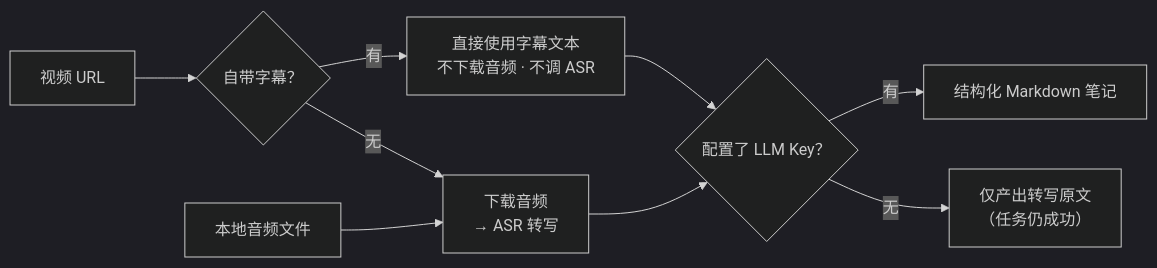
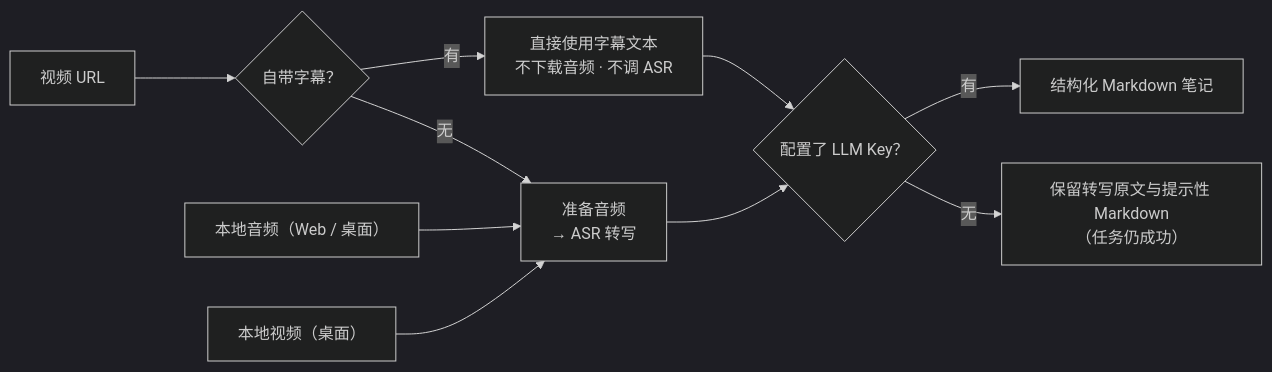
Before and after one commit to soloworktop/vts: the diagram in README.md, drawn with Mermaid (dark theme). The commit also changed other lines of this file and 6 other files, not shown here.

````diff
--- a/README.md
+++ b/README.md
@@ -61,11 +64,12 @@
 ```mermaid
 flowchart LR
     A["视频 URL"] --> B{"自带字幕？"}
     B -- "有" --> C["直接使用字幕文本<br/>不下载音频 · 不调 ASR"]
-    B -- "无" --> D["下载音频<br/>→ ASR 转写"]
-    L["本地音频文件"] --> D
+    B -- "无" --> D["准备音频<br/>→ ASR 转写"]
+    L["本地音频（Web / 桌面）"] --> D
+    V["本地视频（桌面）"] --> D
     C --> E{"配置了 LLM Key？"}
     D --> E
     E -- "有" --> F["结构化 Markdown 笔记"]
-    E -- "无" --> G["仅产出转写原文<br/>（任务仍成功）"]
+    E -- "无" --> G["保留转写原文与提示性 Markdown<br/>（任务仍成功）"]
 ```
````
